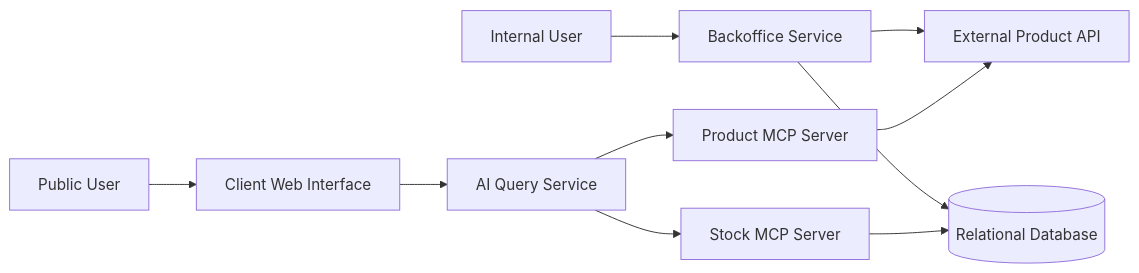
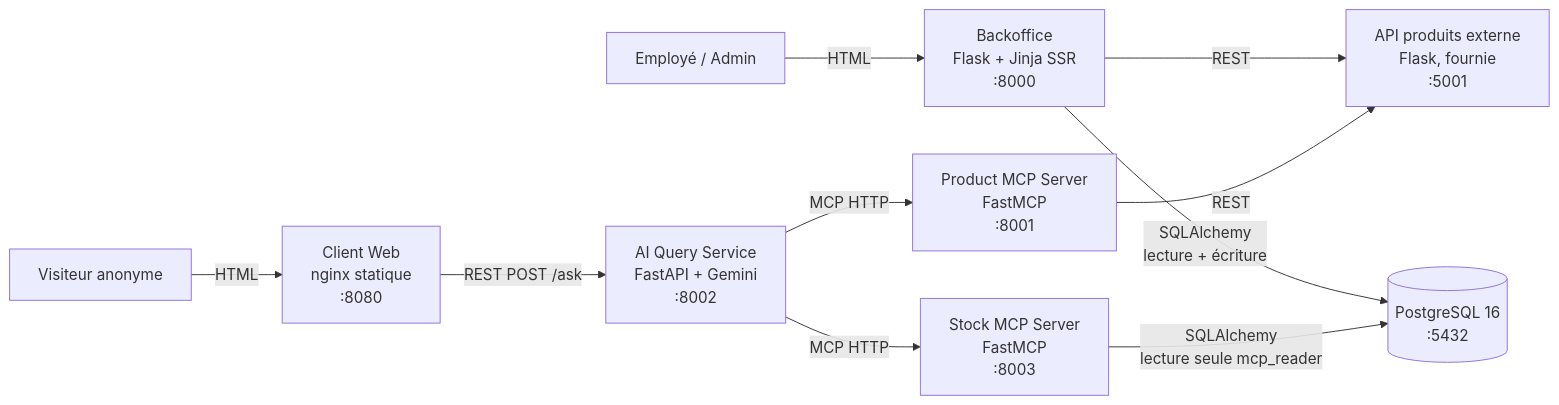
One commit to Chihaan/HBNtory changed the first of 2 diagrams in docs/architecture.md. Above: the diagram before and after it, drawn with Mermaid. The commit also changed other lines of this file, not shown here.

First line of the commit message:
docs: complète le document d'architecture

````diff
--- a/docs/architecture.md
+++ b/docs/architecture.md
@@ -16,26 +19,25 @@
 ```mermaid
 flowchart LR
-    InternalUser[Internal User]
-    PublicUser[Public User]
+    Employe[Employé / Admin]
+    Public[Visiteur anonyme]
 
-    Backoffice[Backoffice Service]
-    ClientWeb[Client Web Interface]
-    AIService[AI Query Service]
-    ProductMCP[Product MCP Server]
-    StockMCP[Stock MCP Server]
-    ProductAPI[External Product API]
-    Database[(Relational Database)]
+    Backoffice[Backoffice<br/>Flask + Jinja SSR<br/>:8000]
+    ClientWeb[Client Web<br/>nginx statique<br/>:8080]
+    AIService[AI Query Service<br/>FastAPI + Gemini<br/>:8002]
+    ProductMCP[Product MCP Server<br/>FastMCP<br/>:8001]
+    StockMCP[Stock MCP Server<br/>FastMCP<br/>:8003]
+    ProductAPI[API produits externe<br/>Flask, fournie<br/>:5001]
+    Database[(PostgreSQL 16<br/>:5432)]
 
-    InternalUser --> Backoffice
-    PublicUser --> ClientWeb
+    Employe -->|HTML| Backoffice
+    Public -->|HTML| ClientWeb
 
-    Backoffice --> Database
-    Backoffice --> ProductAPI
+    Backoffice -->|SQLAlchemy<br/>lecture + écriture| Database
+    Backoffice -->|REST| ProductAPI
 
-    ClientWeb --> AIService
-    AIService --> ProductMCP
-    AIService --> StockMCP
-    StockMCP --> Database
-
-    ProductMCP --> ProductAPI
+    ClientWeb -->|REST POST /ask| AIService
+    AIService -->|MCP HTTP| ProductMCP
+    AIService -->|MCP HTTP| StockMCP
+    ProductMCP -->|REST| ProductAPI
+    StockMCP -->|SQLAlchemy<br/>lecture seule mcp_reader| Database
 ```
````
